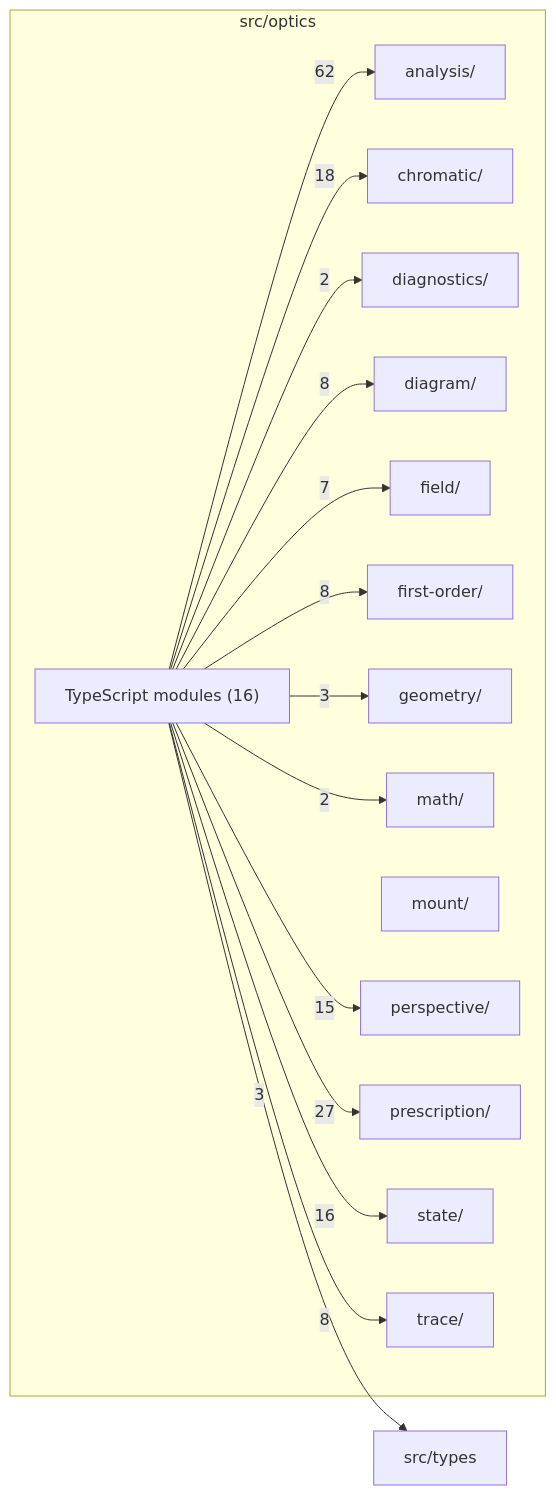
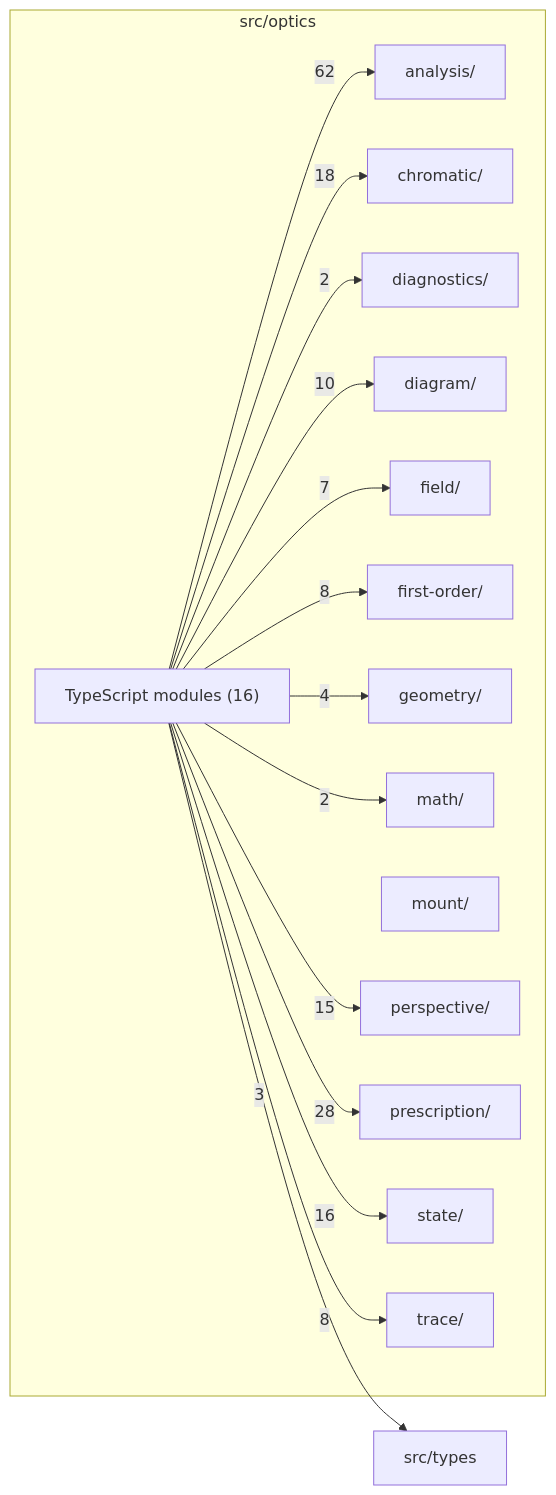
The diagram in src/optics/readme.md (ronbuening/LensVisualizer), drawn with Mermaid before and after one commit. The commit also changed other lines of this file and 144 other files, not shown here.

````diff
--- a/src/optics/readme.md
+++ b/src/optics/readme.md
@@ -9,33 +9,33 @@
 ```mermaid
 flowchart LR
   subgraph n_src_optics["src/optics"]
     n_src_optics_src_optics_analysis["analysis/"]
     n_src_optics_src_optics_chromatic["chromatic/"]
     n_src_optics_src_optics_diagnostics["diagnostics/"]
     n_src_optics_src_optics_diagram["diagram/"]
     n_src_optics_src_optics_field["field/"]
     n_src_optics_src_optics_first_order["first-order/"]
     n_src_optics_src_optics_geometry["geometry/"]
     n_src_optics_src_optics_math["math/"]
     n_src_optics_src_optics_mount["mount/"]
     n_src_optics_src_optics_perspective["perspective/"]
     n_src_optics_src_optics_prescription["prescription/"]
     n_src_optics_src_optics_state["state/"]
     n_src_optics_src_optics_trace["trace/"]
     n_src_optics_TypeScript_modules["TypeScript modules (16)"]
   end
   n_external_src_types["src/types"]
   n_src_optics_TypeScript_modules --> |62| n_src_optics_src_optics_analysis
-  n_src_optics_TypeScript_modules --> |27| n_src_optics_src_optics_prescription
+  n_src_optics_TypeScript_modules --> |28| n_src_optics_src_optics_prescription
   n_src_optics_TypeScript_modules --> |18| n_src_optics_src_optics_chromatic
   n_src_optics_TypeScript_modules --> |16| n_src_optics_src_optics_state
   n_src_optics_TypeScript_modules --> |15| n_src_optics_src_optics_perspective
-  n_src_optics_TypeScript_modules --> |8| n_src_optics_src_optics_diagram
+  n_src_optics_TypeScript_modules --> |10| n_src_optics_src_optics_diagram
   n_src_optics_TypeScript_modules --> |8| n_src_optics_src_optics_first_order
   n_src_optics_TypeScript_modules --> |8| n_src_optics_src_optics_trace
   n_src_optics_TypeScript_modules --> |7| n_src_optics_src_optics_field
+  n_src_optics_TypeScript_modules --> |4| n_src_optics_src_optics_geometry
   n_src_optics_TypeScript_modules --> |3| n_external_src_types
-  n_src_optics_TypeScript_modules --> |3| n_src_optics_src_optics_geometry
   n_src_optics_TypeScript_modules --> |2| n_src_optics_src_optics_diagnostics
   n_src_optics_TypeScript_modules --> |2| n_src_optics_src_optics_math
 ```
````
